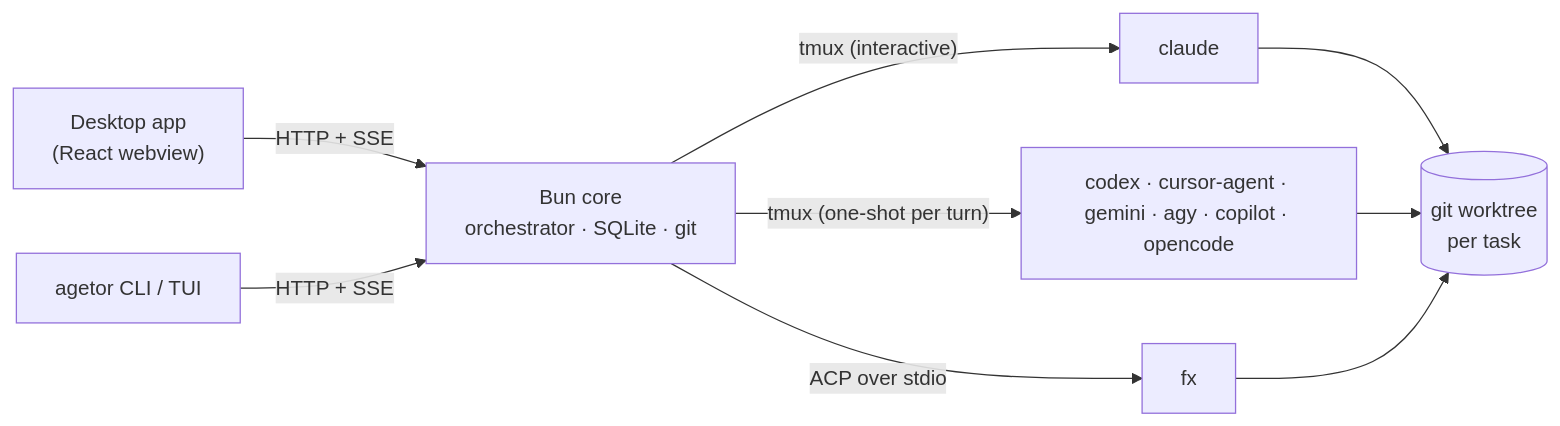
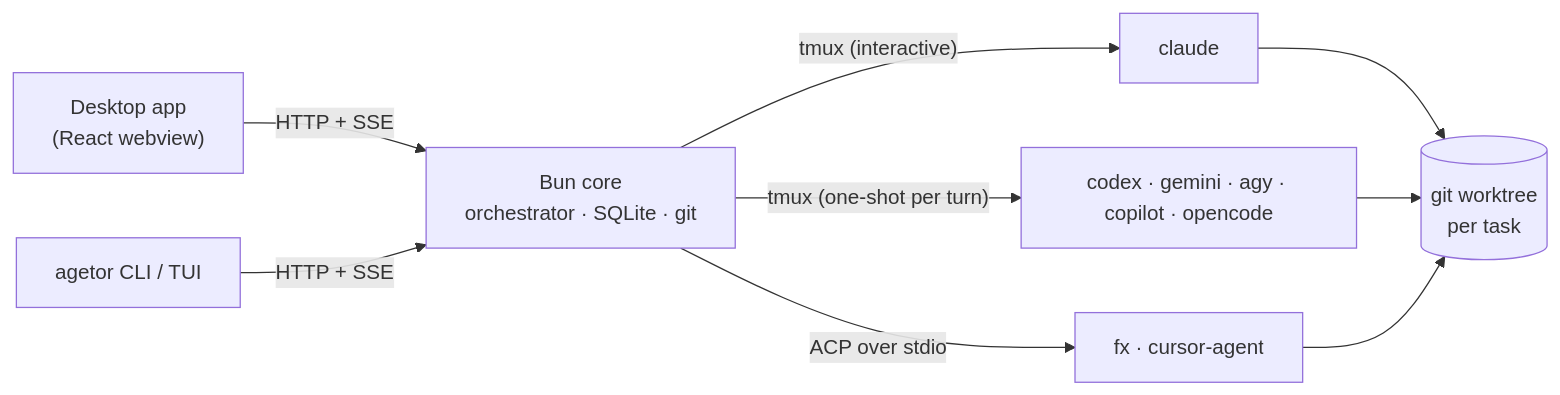
Before and after one commit to alamops/agetor: the second of 2 diagrams in README.md, drawn with Mermaid. The commit also changed other lines of this file and 73 other files, not shown here.

Commit message:
docs: split CLAUDE.md into per-subsystem docs under docs/architecture/ (#288)

````diff
--- a/README.md
+++ b/README.md
@@ -314,12 +314,12 @@
 ```mermaid
 flowchart LR
     UI["Desktop app<br/>(React webview)"] -- "HTTP + SSE" --> Core
     CLI["agetor CLI / TUI"] -- "HTTP + SSE" --> Core
     Core["Bun core<br/>orchestrator · SQLite · git"]
     Core -- "tmux (interactive)" --> Claude["claude"]
-    Core -- "tmux (one-shot per turn)" --> OneShot["codex · cursor-agent · gemini · agy · copilot · opencode"]
-    Core -- "ACP over stdio" --> FX["fx"]
+    Core -- "tmux (one-shot per turn)" --> OneShot["codex · gemini · agy · copilot · opencode"]
+    Core -- "ACP over stdio" --> FX["fx · cursor-agent"]
     Claude --> WT[("git worktree<br/>per task")]
     OneShot --> WT
     FX --> WT
 ```
````
